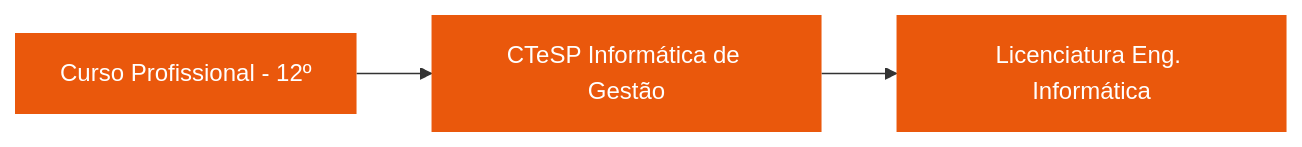
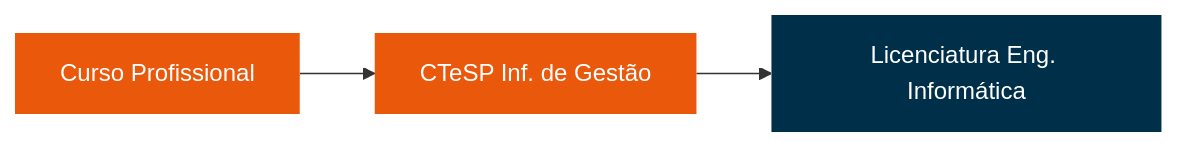
One commit to tutods/lei-project changed the diagram in presentation/pages/about-me.md. Above: the diagram before and after it, drawn with Mermaid. The commit also changed 7 other files, not shown here.

````diff
--- a/presentation/pages/about-me.md
+++ b/presentation/pages/about-me.md
@@ -39,7 +39,9 @@
 ```mermaid
 graph LR
-  id1[Curso Profissional - 12º]:::text-orange-500-->id2[CTeSP Informática de Gestão]-->idc[Licenciatura Eng. Informática]
+  id1[Curso Profissional]:::text-orange-500-->id2[CTeSP Inf. de Gestão]-->idc[Licenciatura Eng. Informática]
 
   classDef styleNode fill:#ea580c,color: #fff,stroke:#333,stroke-width:0px;
-  class id1,id2,idc styleNode;
+  classDef currentNode fill:#003049,color: #fff, stroke-width: 0px;
+  class id1,id2 styleNode;
+  class idc currentNode;
 ```
````
